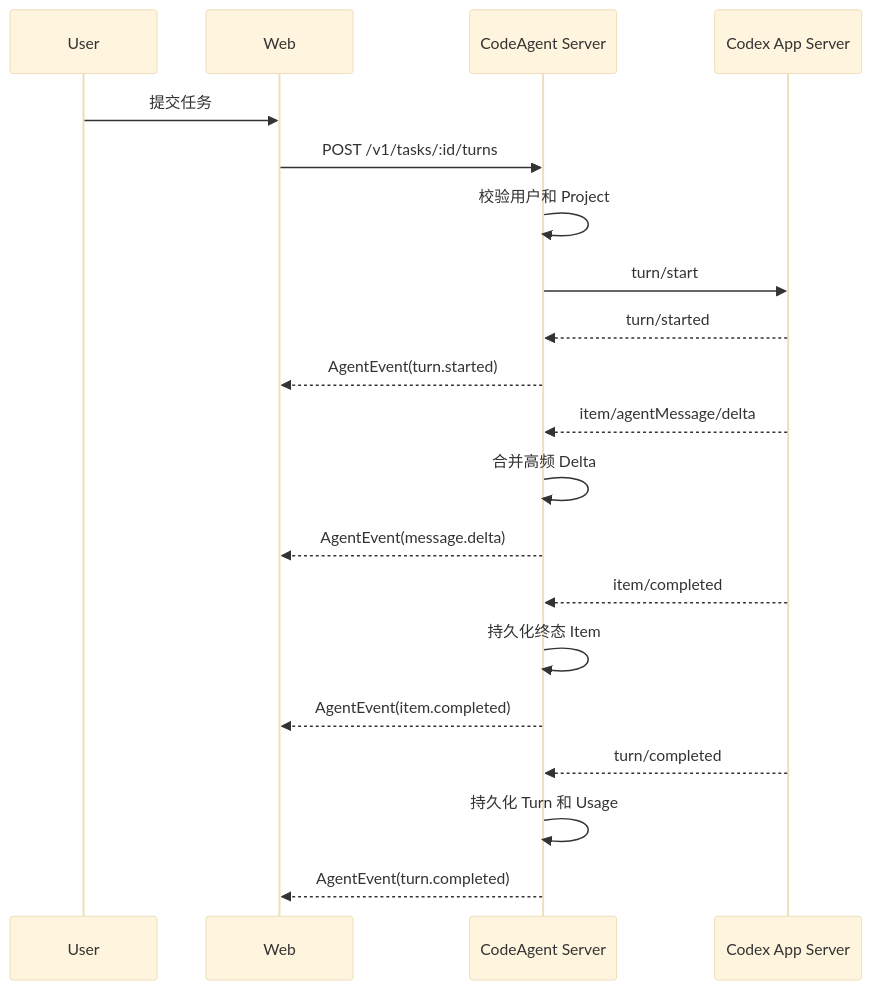
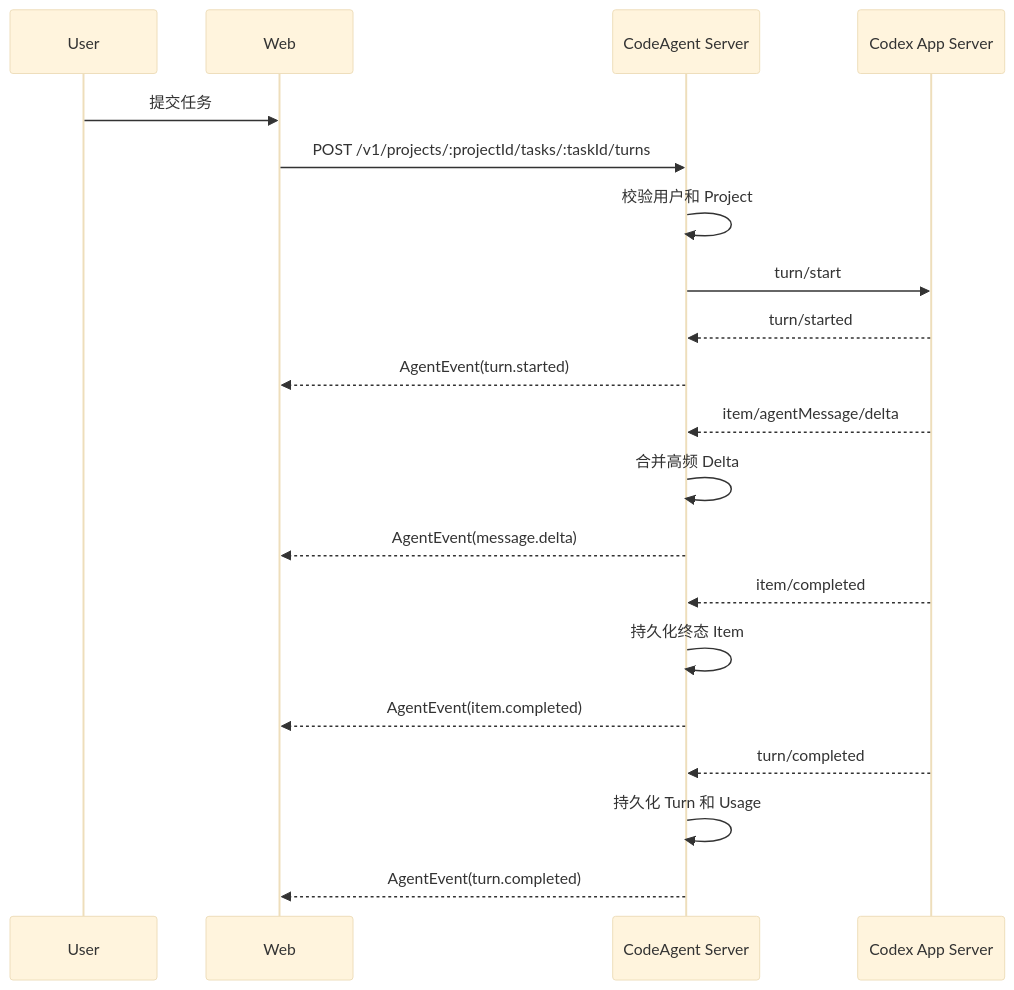
Before and after one commit to BryanHoo/CodeAgent: the second of 2 diagrams in docs/architecture-design.md, drawn with Mermaid (base theme). The commit also changed other lines of this file and 45 other files, not shown here.

````diff
--- a/docs/architecture-design.md
+++ b/docs/architecture-design.md
@@ -169,23 +169,23 @@
 ```mermaid
 sequenceDiagram
     participant U as User
     participant W as Web
     participant S as CodeAgent Server
     participant C as Codex App Server
 
     U->>W: 提交任务
-    W->>S: POST /v1/tasks/:id/turns
+    W->>S: POST /v1/projects/:projectId/tasks/:taskId/turns
     S->>S: 校验用户和 Project
     S->>C: turn/start
     C-->>S: turn/started
     S-->>W: AgentEvent(turn.started)
     C-->>S: item/agentMessage/delta
     S->>S: 合并高频 Delta
     S-->>W: AgentEvent(message.delta)
     C-->>S: item/completed
     S->>S: 持久化终态 Item
     S-->>W: AgentEvent(item.completed)
     C-->>S: turn/completed
     S->>S: 持久化 Turn 和 Usage
     S-->>W: AgentEvent(turn.completed)
 ```
````
